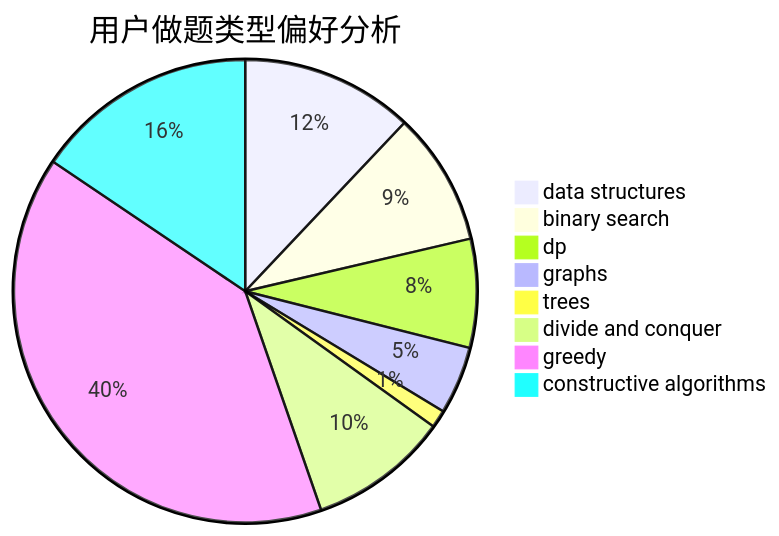
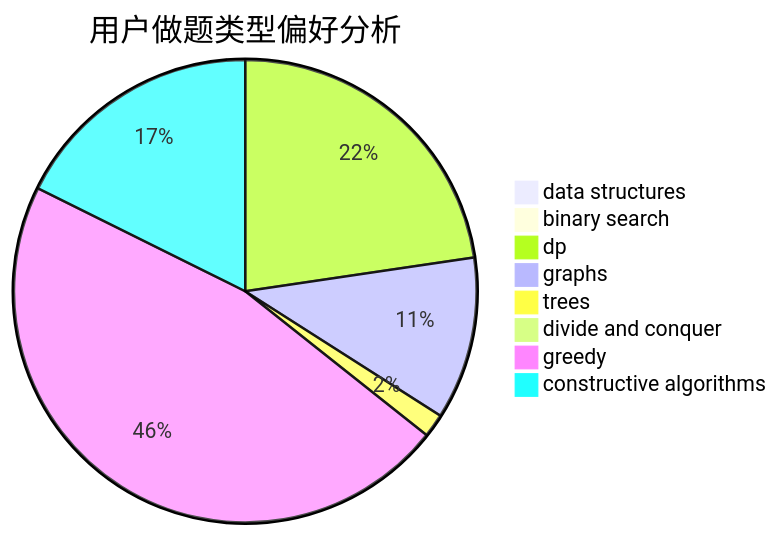
Before and after one commit to sherpahu/cfrs.github.io: the second of 3 diagrams in docs/user/u464.md, drawn with Mermaid. The commit also changed other lines of this file and 2770 other files, not shown here.

````diff
--- a/docs/user/u464.md
+++ b/docs/user/u464.md
@@ -23,11 +23,11 @@
 ```mermaid
 pie title 用户做题类型偏好分析
-    "data structures" :  127
-    "binary search" :  98
-    "dp" :  80
-    "graphs" :  50
-    "trees" :  13
-    "divide and conquer" :  103
-    "greedy" :  419
-    "constructive algorithms" :  164
+    "data structures" :  15
+    "binary search" :  14
+    "dp" :  526
+    "graphs" :  264
+    "trees" :  38
+    "divide and conquer" :  0
+    "greedy" :  1083
+    "constructive algorithms" :  410
 ```
````
